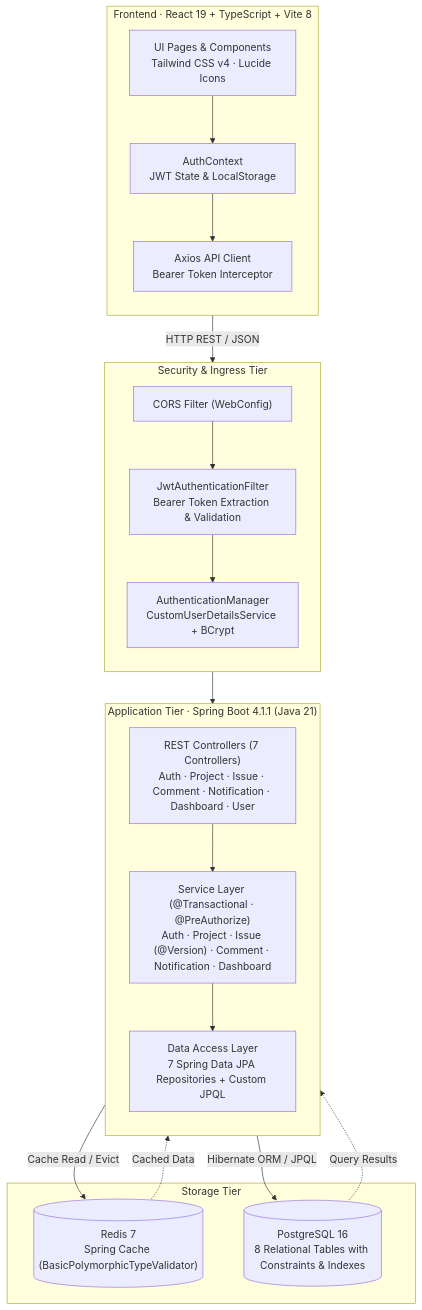
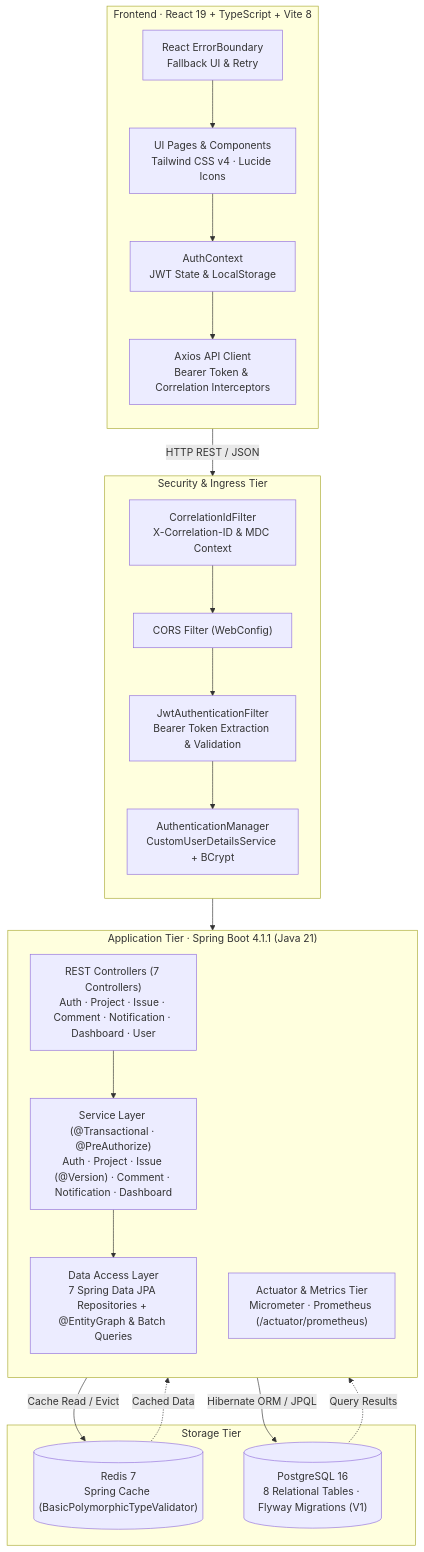
The first of 2 diagrams in README.md (sirishetty55/jira-lite), drawn with Mermaid before and after one commit. The commit also changed other lines of this file and 30 other files, not shown here.

````diff
--- a/README.md
+++ b/README.md
@@ -119,41 +124,46 @@
 ```mermaid
 flowchart TD
     subgraph Client["Frontend · React 19 + TypeScript + Vite 8"]
         direction TB
         UI["UI Pages & Components<br/>Tailwind CSS v4 · Lucide Icons"]
         CTX["AuthContext<br/>JWT State & LocalStorage"]
-        AXIOS["Axios API Client<br/>Bearer Token Interceptor"]
+        AXIOS["Axios API Client<br/>Bearer Token & Correlation Interceptors"]
+        EB["React ErrorBoundary<br/>Fallback UI & Retry"]
         UI --> CTX
         CTX --> AXIOS
+        EB --> UI
     end
 
     subgraph Ingress["Security & Ingress Tier"]
         direction TB
+        CID_FILTER["CorrelationIdFilter<br/>X-Correlation-ID & MDC Context"]
         CORS["CORS Filter (WebConfig)"]
         JWT_FILTER["JwtAuthenticationFilter<br/>Bearer Token Extraction & Validation"]
         AUTH_MGR["AuthenticationManager<br/>CustomUserDetailsService + BCrypt"]
+        CID_FILTER --> CORS
         CORS --> JWT_FILTER
         JWT_FILTER --> AUTH_MGR
     end
 
     subgraph Backend["Application Tier · Spring Boot 4.1.1 (Java 21)"]
         direction TB
         CTRL["REST Controllers (7 Controllers)<br/>Auth · Project · Issue · Comment · Notification · Dashboard · User"]
         SVC["Service Layer (@Transactional · @PreAuthorize)<br/>Auth · Project · Issue (@Version) · Comment · Notification · Dashboard"]
-        REPO["Data Access Layer<br/>7 Spring Data JPA Repositories + Custom JPQL"]
+        REPO["Data Access Layer<br/>7 Spring Data JPA Repositories + @EntityGraph & Batch Queries"]
+        ACTUATOR["Actuator & Metrics Tier<br/>Micrometer · Prometheus (/actuator/prometheus)"]
         CTRL --> SVC
         SVC --> REPO
     end
 
     subgraph Storage["Storage Tier"]
         REDIS[("Redis 7<br/>Spring Cache (BasicPolymorphicTypeValidator)")]
-        PG[("PostgreSQL 16<br/>8 Relational Tables with Constraints & Indexes")]
+        PG[("PostgreSQL 16<br/>8 Relational Tables · Flyway Migrations (V1)")]
     end
 
-    AXIOS -->|HTTP REST / JSON| CORS
+    AXIOS -->|HTTP REST / JSON| CID_FILTER
     AUTH_MGR --> CTRL
     SVC -->|Cache Read / Evict| REDIS
     REDIS -.->|Cached Data| SVC
     REPO -->|Hibernate ORM / JPQL| PG
     PG -.->|Query Results| REPO
 ```
````
